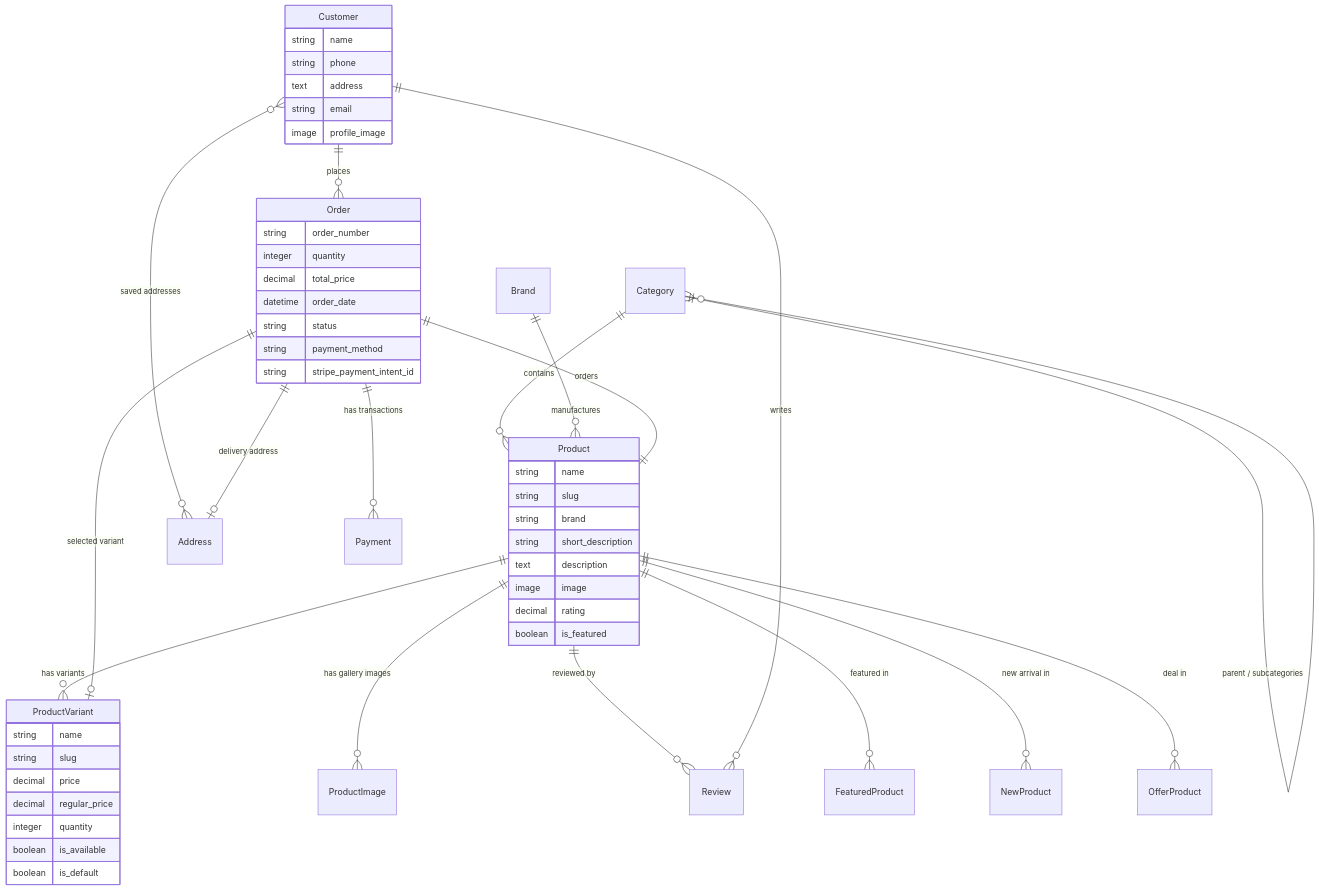
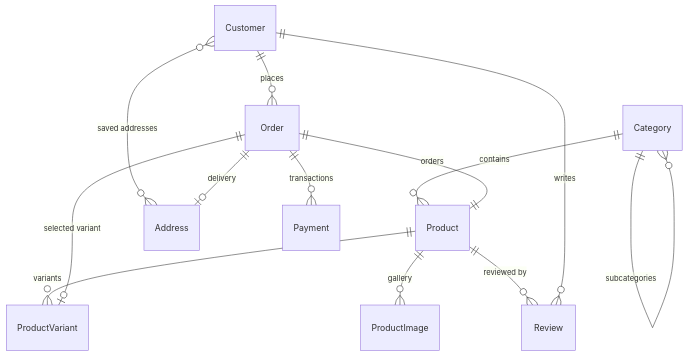
One commit to ArkaKarmoker/djCommerce changed the diagram in README.md. Above: the diagram before and after it, drawn with Mermaid. The commit also changed other lines of this file and 1 other file, not shown here.

````diff
--- a/README.md
+++ b/README.md
@@ -272,58 +181,15 @@
 ```mermaid
 erDiagram
-    Category ||--o{ Category : "parent / subcategories"
+    Category ||--o{ Category : "subcategories"
     Category ||--o{ Product : "contains"
-    Brand ||--o{ Product : "manufactures"
-    Product ||--o{ ProductVariant : "has variants"
-    Product ||--o{ ProductImage : "has gallery images"
+    Product ||--o{ ProductVariant : "variants"
+    Product ||--o{ ProductImage : "gallery"
     Product ||--o{ Review : "reviewed by"
-    Product ||--o{ FeaturedProduct : "featured in"
-    Product ||--o{ NewProduct : "new arrival in"
-    Product ||--o{ OfferProduct : "deal in"
     Customer ||--o{ Order : "places"
     Customer ||--o{ Review : "writes"
     Customer }o--o{ Address : "saved addresses"
     Order ||--|| Product : "orders"
     Order ||--o| ProductVariant : "selected variant"
-    Order ||--o| Address : "delivery address"
-    Order ||--o{ Payment : "has transactions"
-
-    Product {
-        string name
-        string slug
-        string brand
-        string short_description
-        text description
-        image image
-        decimal rating
-        boolean is_featured
-    }
-
-    ProductVariant {
-        string name
-        string slug
-        decimal price
-        decimal regular_price
-        integer quantity
-        boolean is_available
-        boolean is_default
-    }
-
-    Customer {
-        string name
-        string phone
-        text address
-        string email
-        image profile_image
-    }
-
-    Order {
-        string order_number
-        integer quantity
-        decimal total_price
-        datetime order_date
-        string status
-        string payment_method
-        string stripe_payment_intent_id
-    }
+    Order ||--o| Address : "delivery"
+    Order ||--o{ Payment : "transactions"
 ```
````
